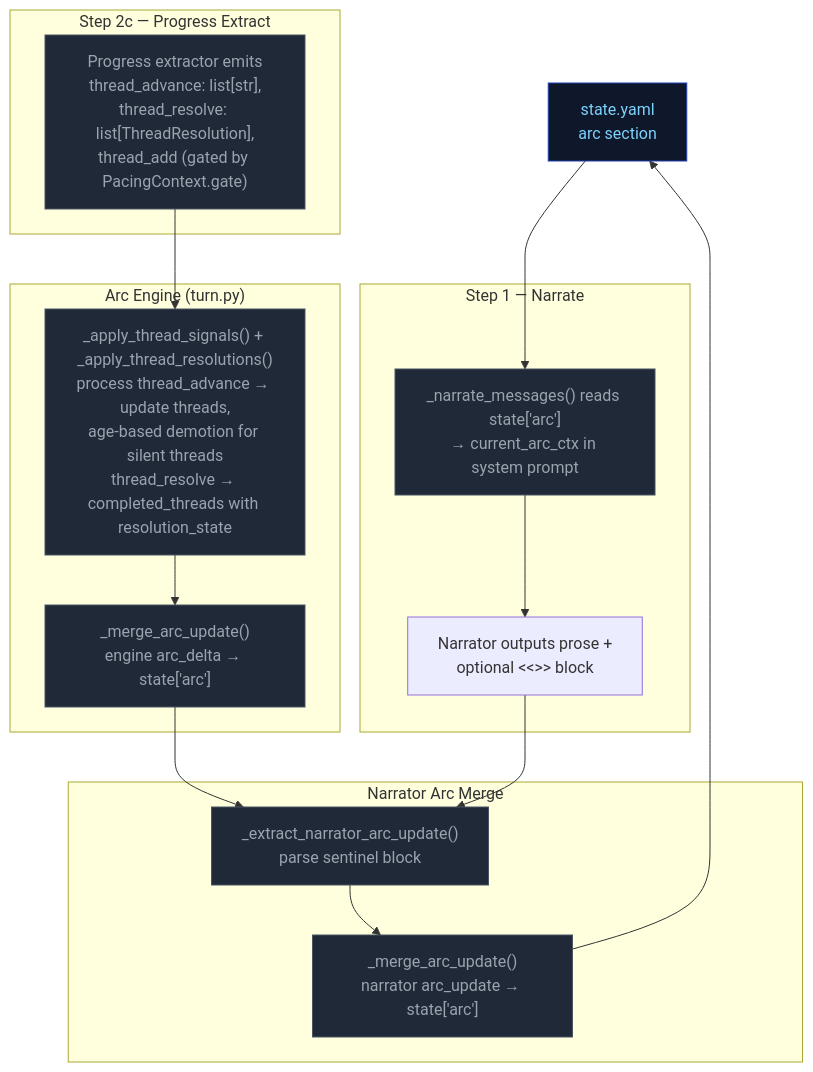
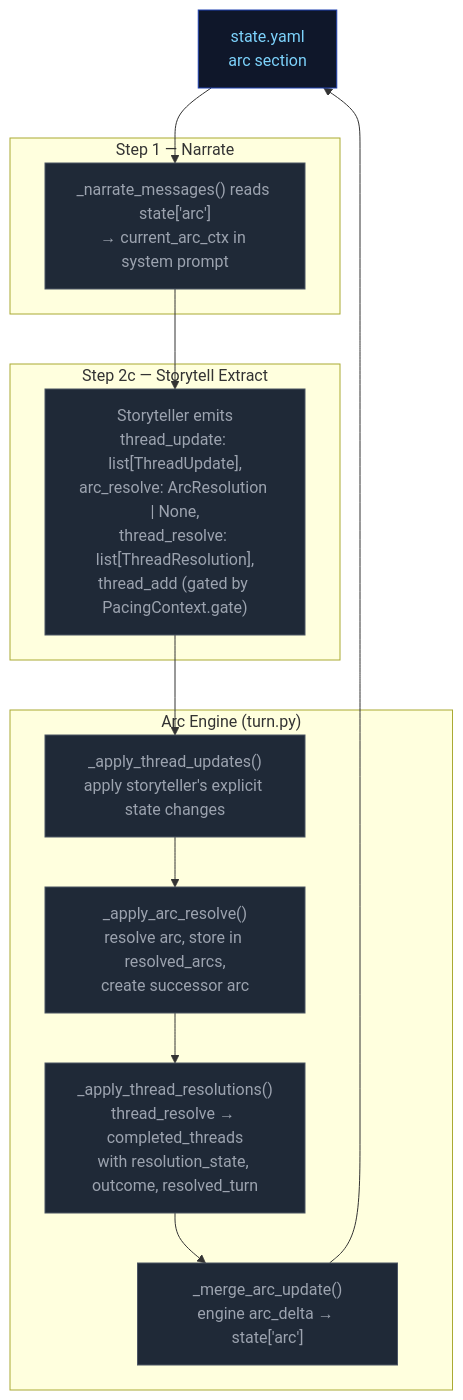
One commit to pww217/fablethread changed the second of 2 diagrams in docs/architecture/campaign-arcs.md. Above: the diagram before and after it, drawn with Mermaid. The commit also changed other lines of this file and 14 other files, not shown here.

````diff
--- a/docs/architecture/campaign-arcs.md
+++ b/docs/architecture/campaign-arcs.md
@@ -177,37 +81,32 @@
 ```mermaid
 flowchart TD
     classDef stageRules fill:#4c1d95,color:#ddd6fe,stroke:#7c3aed
     classDef stageNarrate fill:#1e3a5f,color:#bfdbfe,stroke:#3b82f6
     classDef stageProgress fill:#500724,color:#fbcfe8,stroke:#ec4899
     classDef pyNode fill:#1f2937,color:#9ca3af,stroke:#4b5563
     classDef arcNode fill:#3b0764,color:#e9d5ff,stroke:#7c3aed
     classDef storageNode fill:#0f172a,color:#7dd3fc,stroke:#1e40af
 
     STATE["state.yaml<br>arc section"]:::storageNode
 
     subgraph NARRATE["Step 1 — Narrate"]
         N1["_narrate_messages() reads state['arc']<br>→ current_arc_ctx in system prompt"]:::pyNode
-        N2["Narrator outputs prose +<br>optional <<<ARC_UPDATE_START>>> block"]:::llmNode
     end
 
-    subgraph EXTRACT["Step 2c — Progress Extract"]
-        E1["Progress extractor emits<br>thread_advance: list[str],<br>thread_resolve: list[ThreadResolution],<br>thread_add (gated by PacingContext.gate)"]:::pyNode
+    subgraph EXTRACT["Step 2c — Storytell Extract"]
+        E1["Storyteller emits<br>thread_update: list[ThreadUpdate],<br>arc_resolve: ArcResolution | None,<br>thread_resolve: list[ThreadResolution],<br>thread_add (gated by PacingContext.gate)"]:::pyNode
     end
 
     subgraph ARC_ENGINE["Arc Engine (turn.py)"]
-        A1["_apply_thread_signals() + _apply_thread_resolutions()<br>process thread_advance → update threads,<br>age-based demotion for silent threads<br>thread_resolve → completed_threads with resolution_state"]:::pyNode
-        A2["_merge_arc_update()<br>engine arc_delta → state['arc']"]:::pyNode
-    end
-
-    subgraph NARRATOR_MERGE["Narrator Arc Merge"]
-        N3["_extract_narrator_arc_update()<br>parse sentinel block"]:::pyNode
-        N4["_merge_arc_update()<br>narrator arc_update → state['arc']"]:::pyNode
+        A1["_apply_thread_updates()<br>apply storyteller's explicit state changes"]:::pyNode
+        A2["_apply_arc_resolve()<br>resolve arc, store in resolved_arcs,<br>create successor arc"]:::pyNode
+        A3["_apply_thread_resolutions()<br>thread_resolve → completed_threads<br>with resolution_state, outcome, resolved_turn"]:::pyNode
+        A4["_merge_arc_update()<br>engine arc_delta → state['arc']"]:::pyNode
     end
 
     STATE --> N1
-    N1 --> N2
-    N2 --> N3
-    E1 --> A1 --> A2
+    N1 --> E1
+    E1 --> A1 --> A2 --> A3 --> A4
 
-    A2 --> N3 --> N4 --> STATE
+    A4 --> STATE
 ```
````
